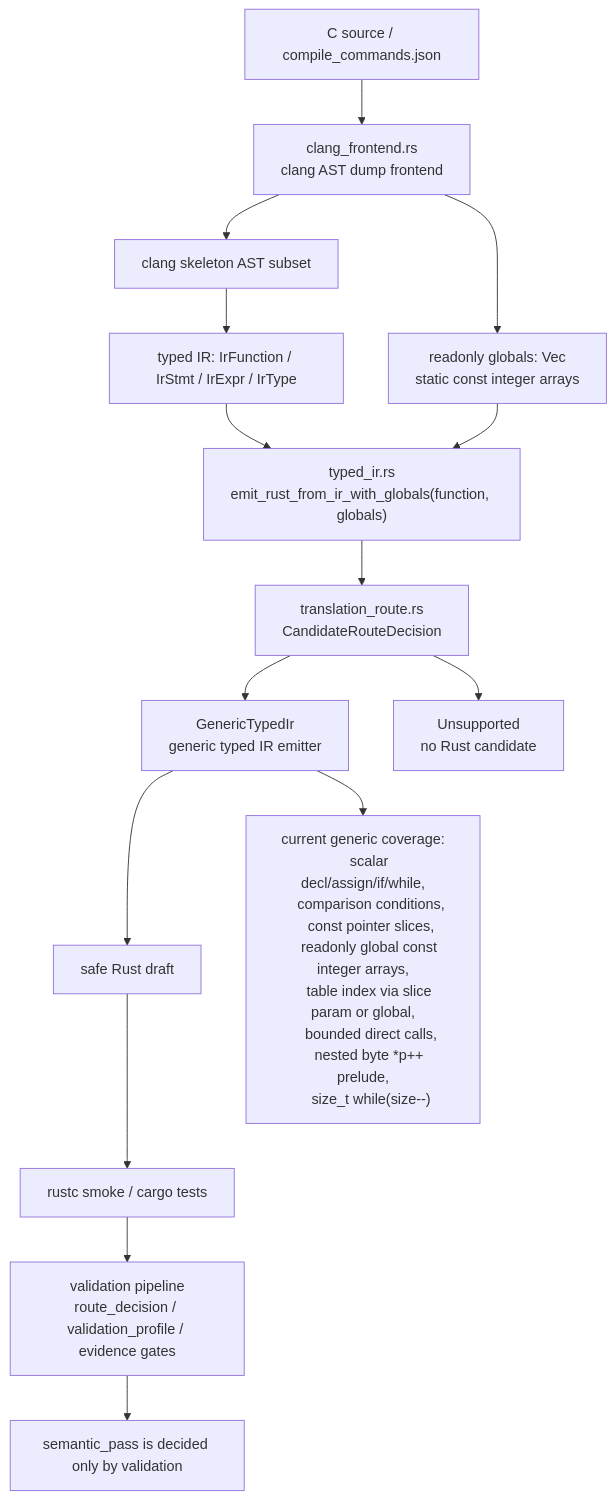
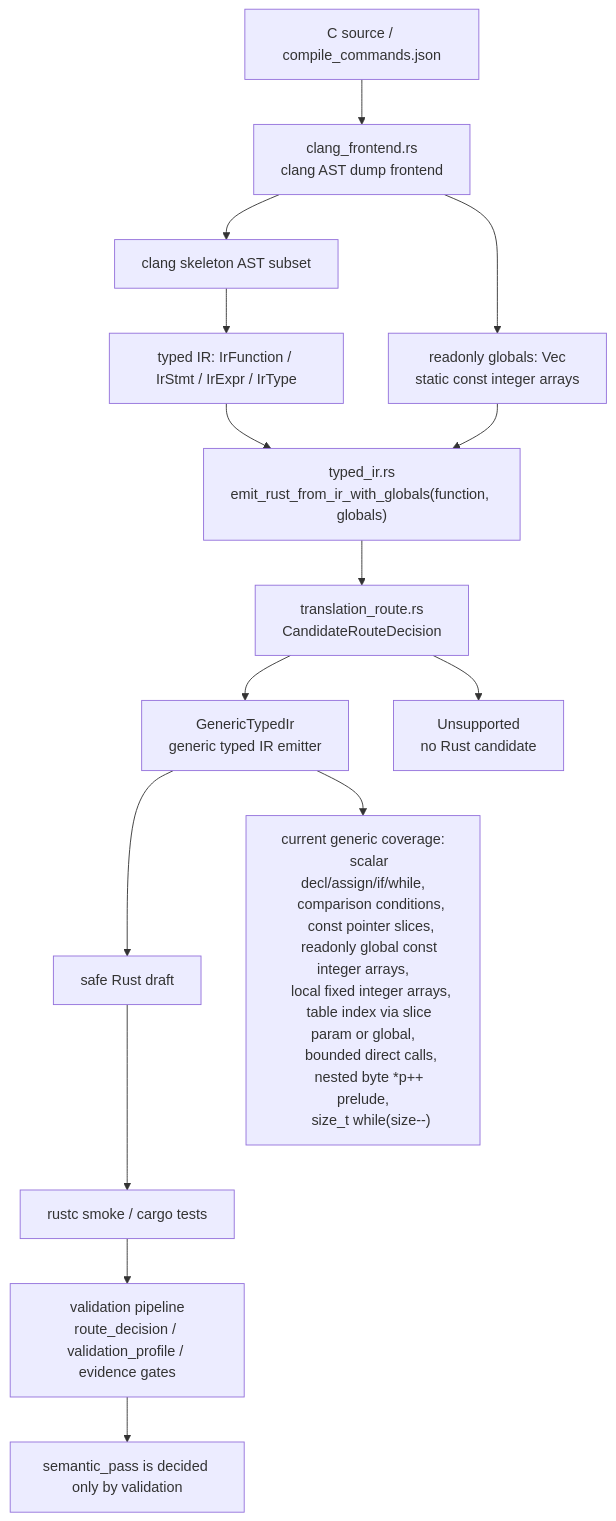
One commit to guoqihan342-svg/c-to-rust changed the diagram in docs/c2rust-migration-agent/core-translation-architecture.en.md. Above: the diagram before and after it, drawn with Mermaid. The commit also changed other lines of this file and 5 other files, not shown here.

````diff
--- a/docs/c2rust-migration-agent/core-translation-architecture.en.md
+++ b/docs/c2rust-migration-agent/core-translation-architecture.en.md
@@ -7,26 +7,27 @@
 ```mermaid
 flowchart TD
     C["C source / compile_commands.json"] --> Clang["clang_frontend.rs<br/>clang AST dump frontend"]
     Clang --> Skeleton["clang skeleton AST subset"]
     Skeleton --> IR["typed IR: IrFunction / IrStmt / IrExpr / IrType"]
     Clang --> Globals["readonly globals: Vec<IrGlobal><br/>static const integer arrays"]
     IR --> EmitCtx["typed_ir.rs<br/>emit_rust_from_ir_with_globals(function, globals)"]
     Globals --> EmitCtx
     EmitCtx --> RouteMeta["translation_route.rs<br/>CandidateRouteDecision"]
     RouteMeta --> Generic["GenericTypedIr<br/>generic typed IR emitter"]
     RouteMeta --> Unsupported["Unsupported<br/>no Rust candidate"]
     Generic --> Rust["safe Rust draft"]
     Rust --> Rustc["rustc smoke / cargo tests"]
     Rustc --> Validation["validation pipeline<br/>route_decision / validation_profile / evidence gates"]
 
     Generic --> Supported["current generic coverage:
     scalar decl/assign/if/while,
     comparison conditions,
     const pointer slices,
     readonly global const integer arrays,
+    local fixed integer arrays,
     table index via slice param or global,
     bounded direct calls,
     nested byte *p++ prelude,
     size_t while(size--)"]
     Validation --> Semantic["semantic_pass is decided only by validation"]
 ```
````
